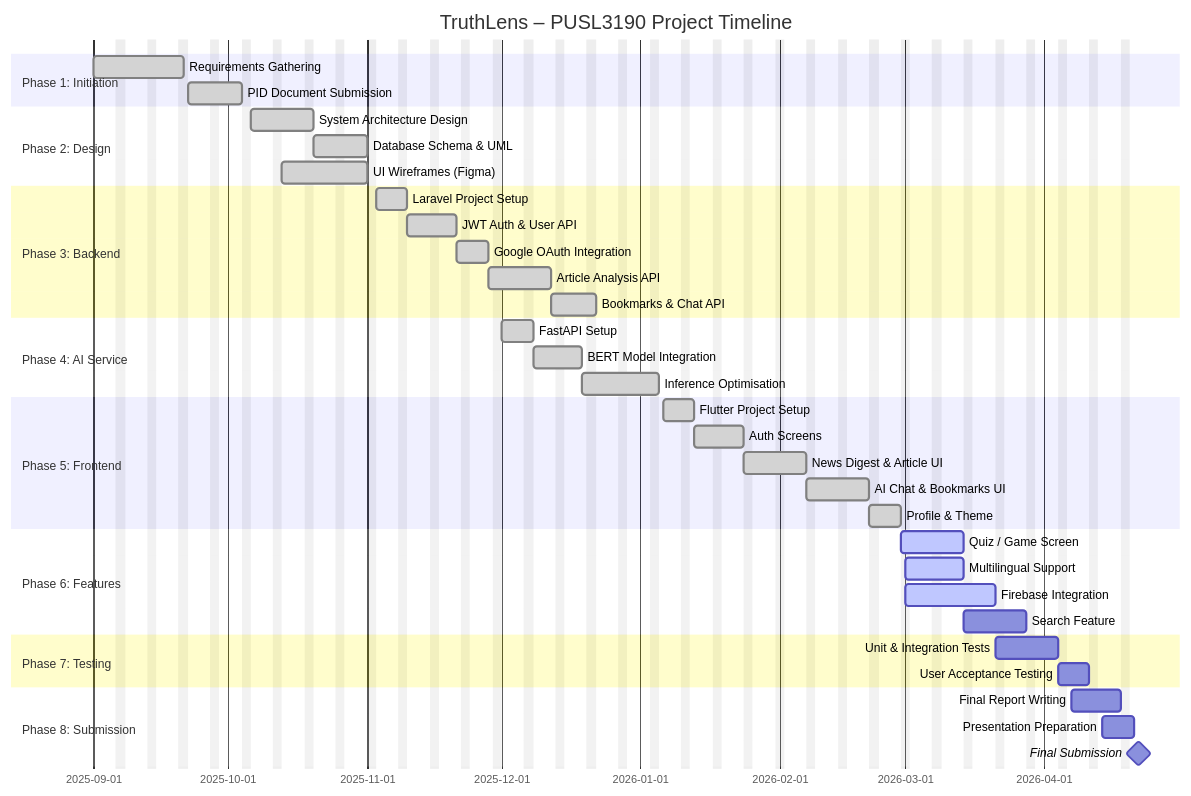
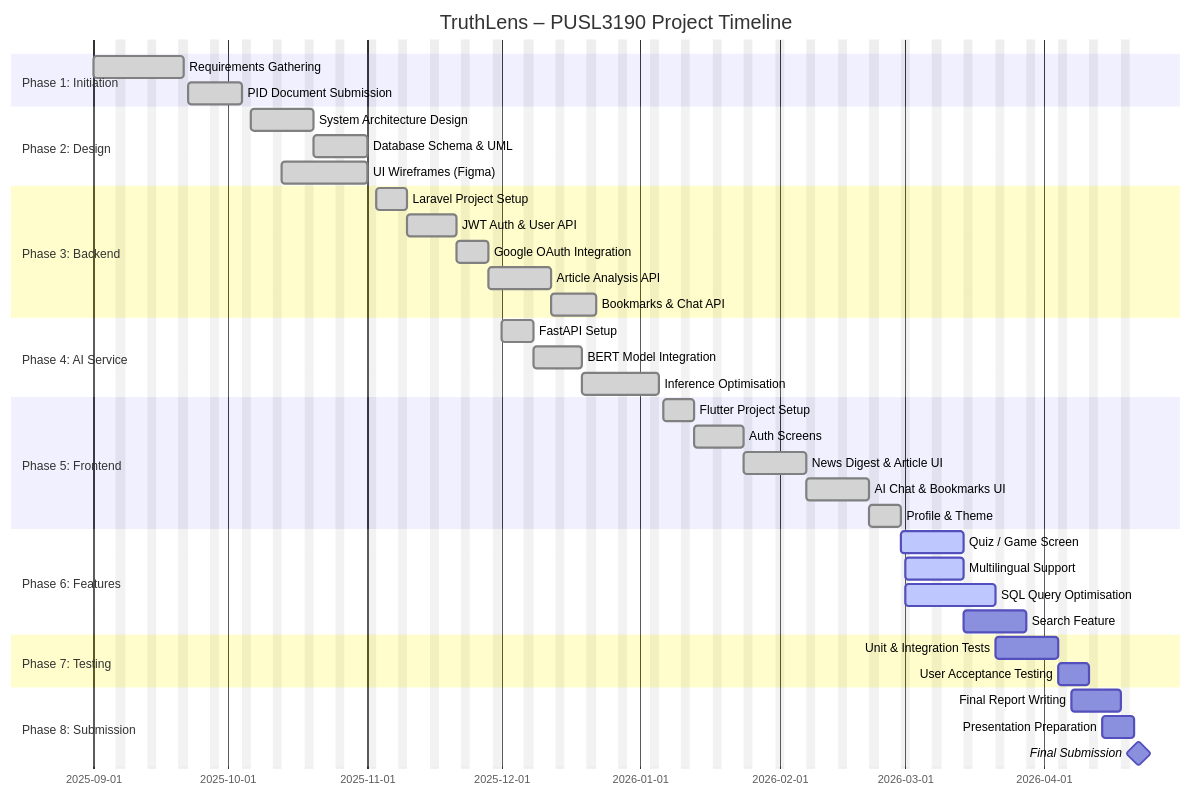
The tenth of 10 diagrams in DIAGRAMS_README.md (Yashira-De-Silva/truth_lens), drawn with Mermaid before and after one commit. The commit also changed other lines of this file and 1 other file, not shown here.

````diff
--- a/DIAGRAMS_README.md
+++ b/DIAGRAMS_README.md
@@ -502,49 +500,49 @@
 ```mermaid
 gantt
     title TruthLens – PUSL3190 Project Timeline
     dateFormat  YYYY-MM-DD
     excludes    weekends
 
     section Phase 1: Initiation
     Requirements Gathering      :done,    p1a, 2025-09-01, 2025-09-21
     PID Document Submission     :done,    p1b, 2025-09-22, 2025-10-04
 
     section Phase 2: Design
     System Architecture Design  :done,    p2a, 2025-10-06, 2025-10-20
     Database Schema & UML       :done,    p2b, 2025-10-20, 2025-11-01
     UI Wireframes (Figma)       :done,    p2c, 2025-10-13, 2025-11-01
 
     section Phase 3: Backend
     Laravel Project Setup       :done,    p3a, 2025-11-03, 2025-11-10
     JWT Auth & User API         :done,    p3b, 2025-11-10, 2025-11-21
     Google OAuth Integration    :done,    p3c, 2025-11-21, 2025-11-28
     Article Analysis API        :done,    p3d, 2025-11-28, 2025-12-12
     Bookmarks & Chat API        :done,    p3e, 2025-12-12, 2025-12-22
 
     section Phase 4: AI Service
     FastAPI Setup               :done,    p4a, 2025-12-01, 2025-12-08
     BERT Model Integration      :done,    p4b, 2025-12-08, 2025-12-19
     Inference Optimisation      :done,    p4c, 2025-12-19, 2026-01-05
 
     section Phase 5: Frontend
     Flutter Project Setup       :done,    p5a, 2026-01-06, 2026-01-13
     Auth Screens                :done,    p5b, 2026-01-13, 2026-01-24
     News Digest & Article UI    :done,    p5c, 2026-01-24, 2026-02-07
     AI Chat & Bookmarks UI      :done,    p5d, 2026-02-07, 2026-02-21
     Profile & Theme             :done,    p5e, 2026-02-21, 2026-02-28
 
     section Phase 6: Features
     Quiz / Game Screen          :active,  p6a, 2026-02-28, 2026-03-14
     Multilingual Support        :active,  p6b, 2026-03-01, 2026-03-14
-    Firebase Integration        :active,  p6c, 2026-03-01, 2026-03-21
+    SQL Query Optimisation      :active,  p6c, 2026-03-01, 2026-03-21
     Search Feature              :         p6d, 2026-03-14, 2026-03-28
 
     section Phase 7: Testing
     Unit & Integration Tests    :         p7a, 2026-03-21, 2026-04-04
     User Acceptance Testing     :         p7b, 2026-04-04, 2026-04-11
 
     section Phase 8: Submission
     Final Report Writing        :         p8a, 2026-04-07, 2026-04-18
     Presentation Preparation    :         p8b, 2026-04-14, 2026-04-21
     Final Submission            :milestone, p8c, 2026-04-22, 0d
 ```
````
